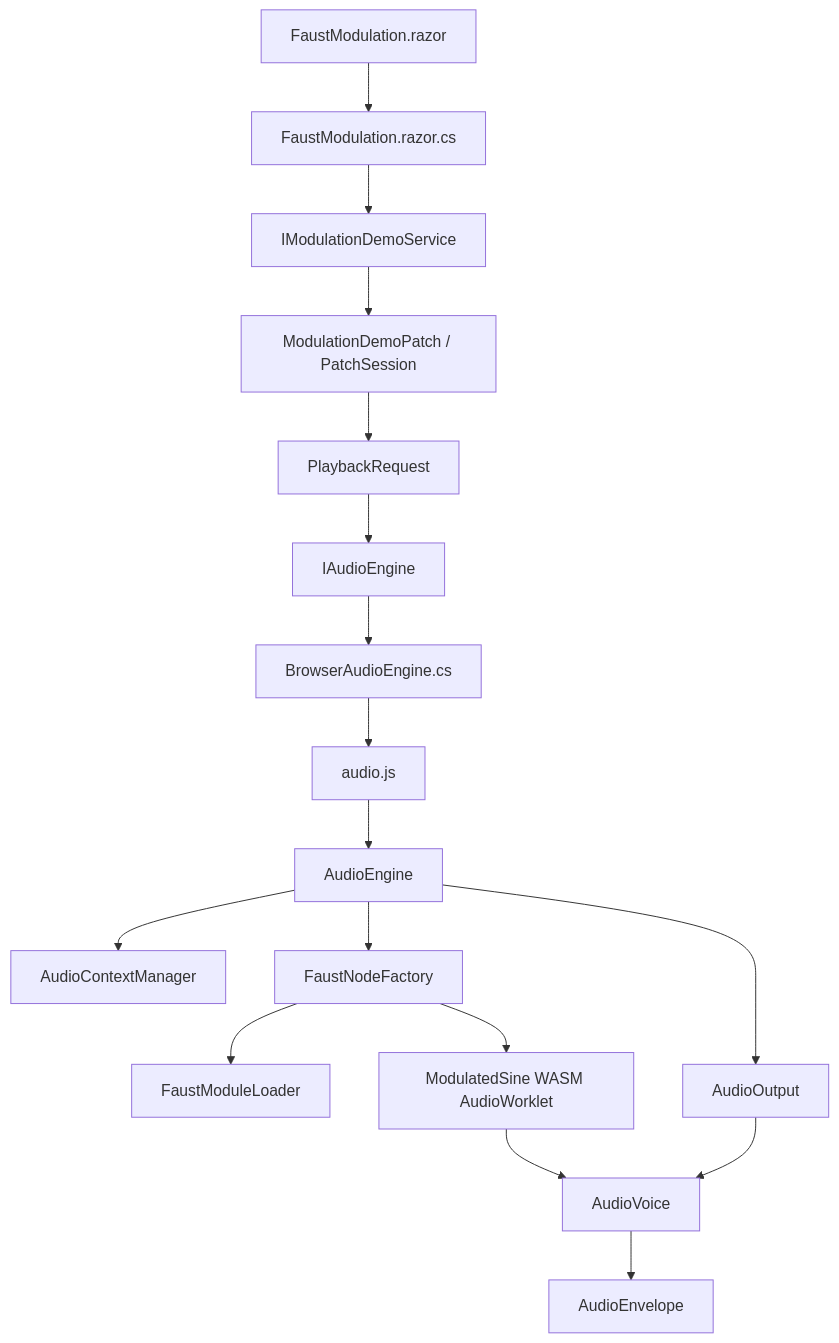
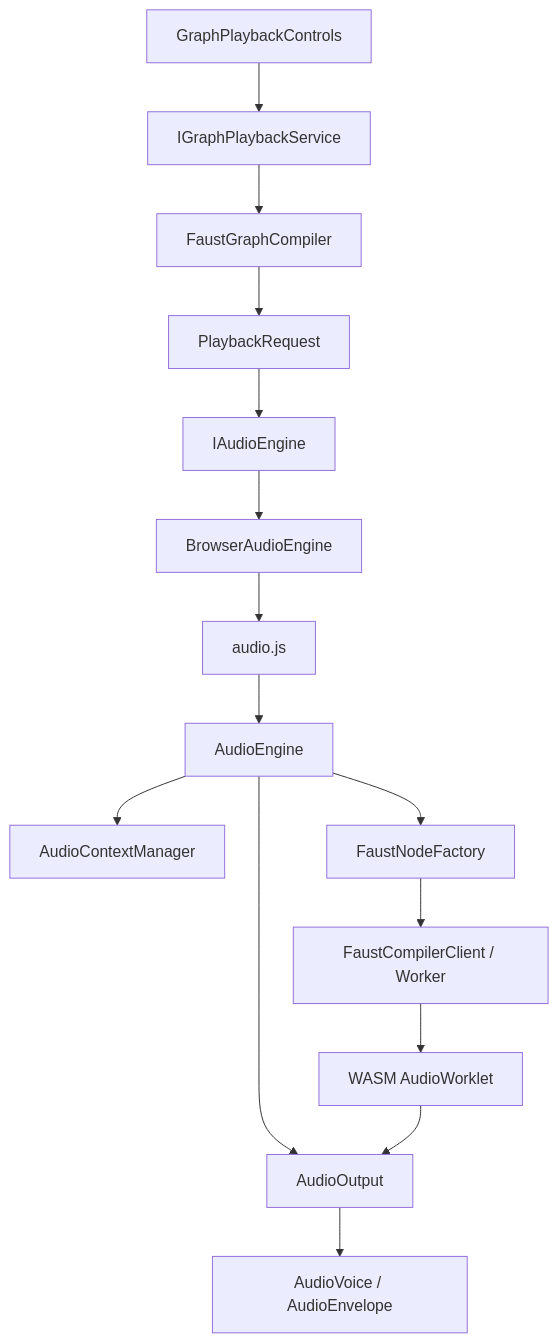
Before and after one commit to wgabel/orbit2: the second of 9 diagrams in README.md, drawn with Mermaid. The commit also changed other lines of this file and 32 other files, not shown here.

Commit message:
Play editable patches through a lazy Faust compiler worker

````diff
--- a/README.md
+++ b/README.md
@@ -60,19 +63,17 @@
-```mermaid
+~~~mermaid
 flowchart TD
-    View["FaustModulation.razor"] --> Presentation["FaustModulation.razor.cs"]
-    Presentation --> Service["IModulationDemoService"]
-    Service --> Graph["ModulationDemoPatch / PatchSession"]
-    Graph --> Request["PlaybackRequest"]
-    Request --> EnginePort["IAudioEngine"]
-    EnginePort --> Adapter["BrowserAudioEngine.cs"]
+    View["GraphPlaybackControls"] --> Service["IGraphPlaybackService"]
+    Service --> Compiler["FaustGraphCompiler"]
+    Compiler --> Request["PlaybackRequest"]
+    Request --> Port["IAudioEngine"]
+    Port --> Adapter["BrowserAudioEngine"]
     Adapter --> Entry["audio.js"]
     Entry --> Engine["AudioEngine"]
     Engine --> Context["AudioContextManager"]
     Engine --> Factory["FaustNodeFactory"]
-    Factory --> Loader["FaustModuleLoader"]
+    Factory --> Worker["FaustCompilerClient / Worker"]
+    Worker --> DSP["WASM AudioWorklet"]
     Engine --> Output["AudioOutput"]
-    Output --> Voice["AudioVoice"]
-    Voice --> Envelope["AudioEnvelope"]
-    Factory --> DSP["ModulatedSine WASM AudioWorklet"]
-    DSP --> Voice
-```
+    DSP --> Output
+    Output --> Voice["AudioVoice / AudioEnvelope"]
+~~~
````
